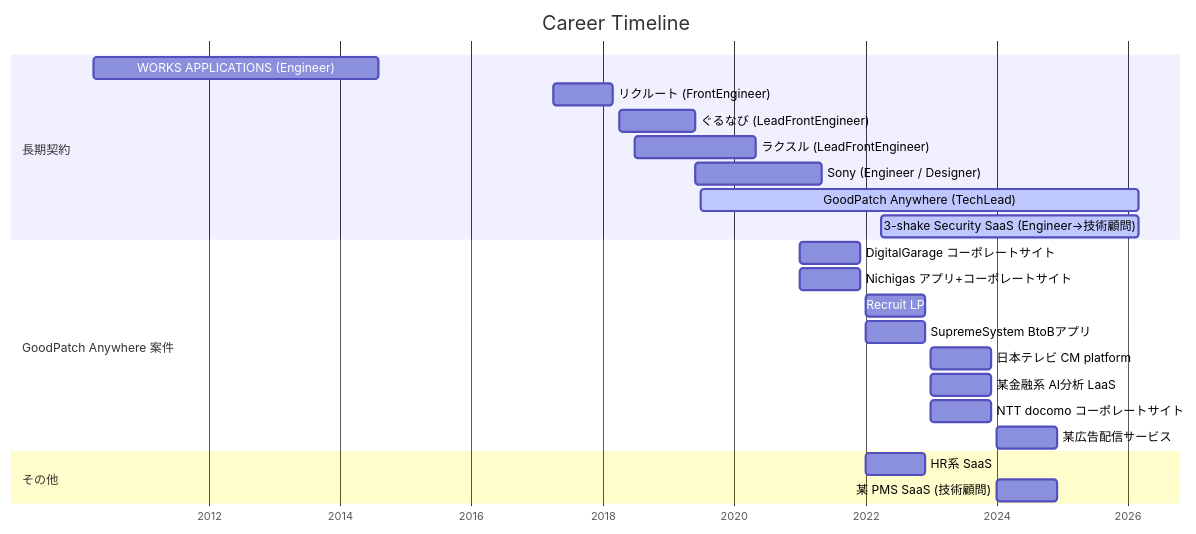
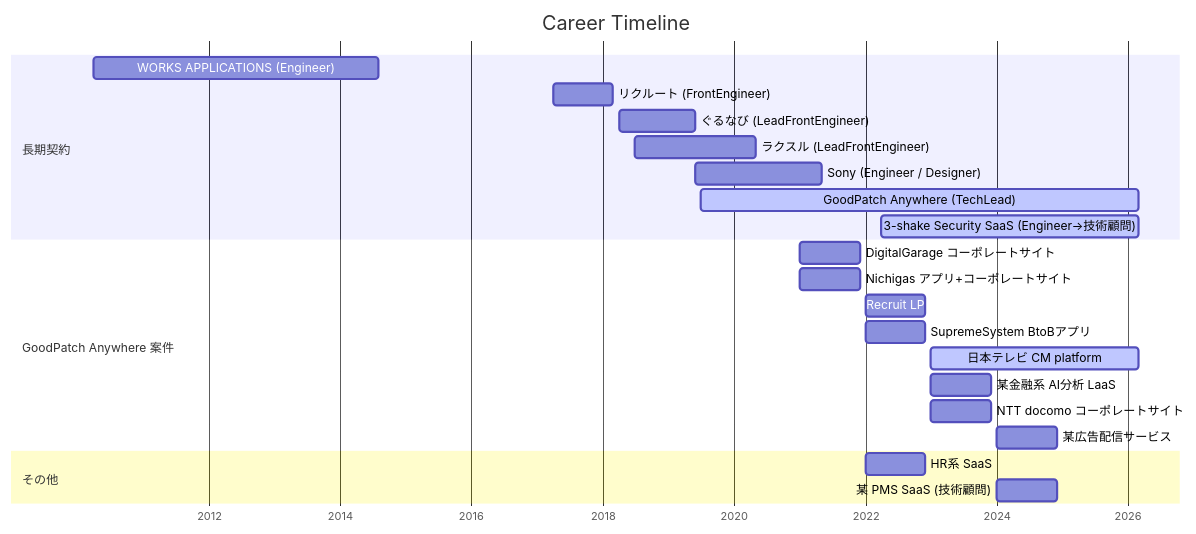
The diagram in README.md (KdavisO/KdavisO), drawn with Mermaid before and after one commit. The commit also changed other lines of this file, not shown here.

Commit message:
fix: 日本テレビ CM platformを現在継続中に更新

````diff
--- a/README.md
+++ b/README.md
@@ -55,29 +55,29 @@
 ```mermaid
 gantt
     title Career Timeline
     dateFormat  YYYY-MM
     axisFormat  %Y
 
     section 長期契約
     WORKS APPLICATIONS (Engineer)             :2010-04, 2014-08
     リクルート (FrontEngineer)                  :2017-04, 2018-03
     ぐるなび (LeadFrontEngineer)               :2018-04, 2019-06
     ラクスル (LeadFrontEngineer)               :2018-07, 2020-05
     Sony (Engineer / Designer)                :2019-06, 2021-05
     GoodPatch Anywhere (TechLead)             :active, 2019-07, 2026-03
     3-shake Security SaaS (Engineer→技術顧問)  :active, 2022-04, 2026-03
 
     section GoodPatch Anywhere 案件
     DigitalGarage コーポレートサイト             :2021-01, 2021-12
     Nichigas アプリ+コーポレートサイト            :2021-01, 2021-12
     Recruit LP                                :2022-01, 2022-12
     SupremeSystem BtoBアプリ                   :2022-01, 2022-12
-    日本テレビ CM platform                     :2023-01, 2023-12
+    日本テレビ CM platform                     :active, 2023-01, 2026-03
     某金融系 AI分析 LaaS                       :2023-01, 2023-12
     NTT docomo コーポレートサイト               :2023-01, 2023-12
     某広告配信サービス                          :2024-01, 2024-12
 
     section その他
     HR系 SaaS                                 :2022-01, 2022-12
     某 PMS SaaS (技術顧問)                     :2024-01, 2024-12
 ```
````
